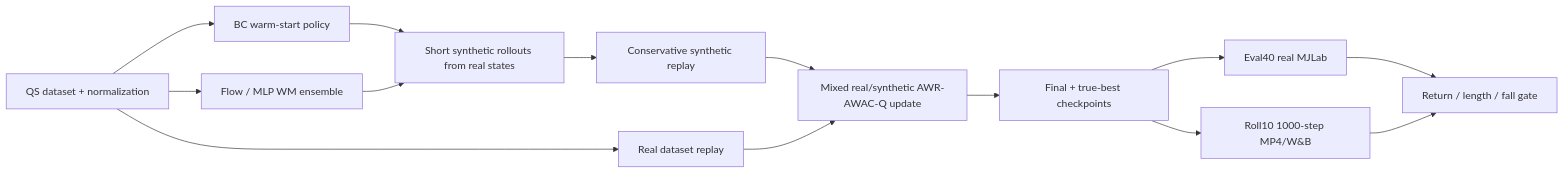
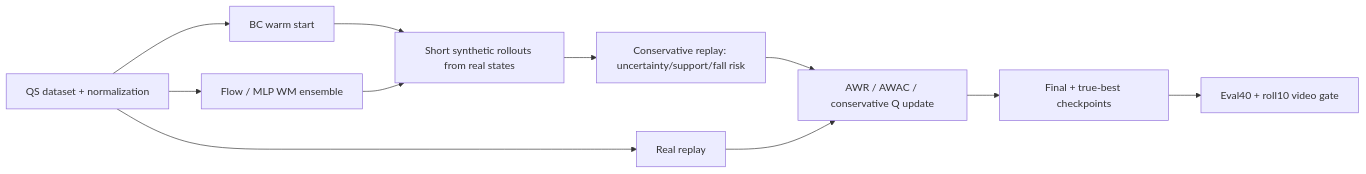
The diagram in docs/git/mjlab_qs_flow_mbpo_progress_report_20260611.md (thedannyliu/Flow-MBPO-PWM), drawn with Mermaid before and after one commit. The commit also changed other lines of this file and 7 other files, not shown here.

````diff
--- a/docs/git/mjlab_qs_flow_mbpo_progress_report_20260611.md
+++ b/docs/git/mjlab_qs_flow_mbpo_progress_report_20260611.md
@@ -142,16 +61,13 @@
 ```mermaid
 flowchart LR
-    A[QS dataset + normalization] --> B[BC warm-start policy]
+    A[QS dataset + normalization] --> B[BC warm start]
     A --> C[Flow / MLP WM ensemble]
     B --> D[Short synthetic rollouts from real states]
     C --> D
-    D --> E[Conservative synthetic replay]
-    A --> F[Real dataset replay]
-    E --> G[Mixed real/synthetic AWR-AWAC-Q update]
+    D --> E[Conservative replay: uncertainty/support/fall risk]
+    A --> F[Real replay]
+    E --> G[AWR / AWAC / conservative Q update]
     F --> G
     G --> H[Final + true-best checkpoints]
-    H --> I[Eval40 real MJLab]
-    H --> J[Roll10 1000-step MP4/W&B]
-    I --> K[Return / length / fall gate]
-    J --> K
+    H --> I[Eval40 + roll10 video gate]
 ```
````
